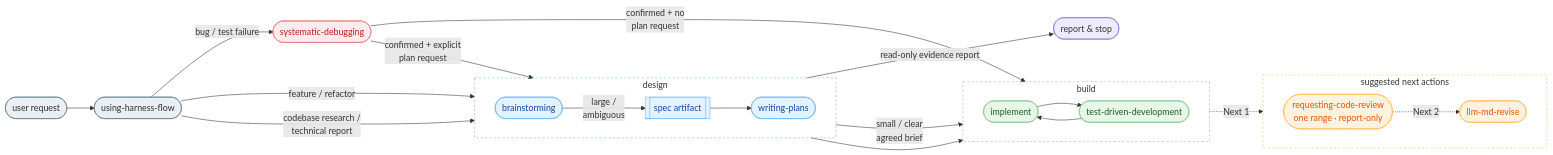
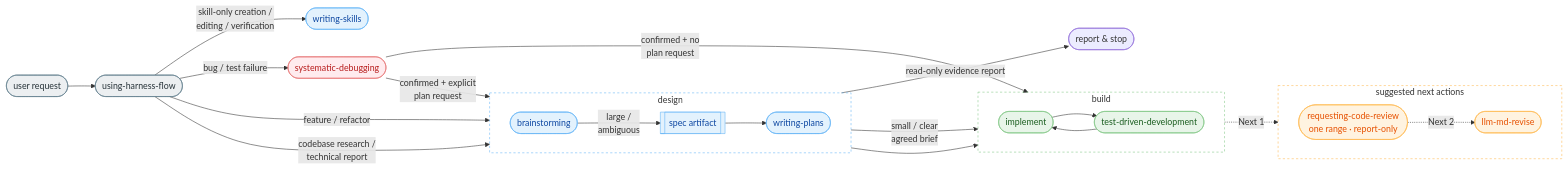
The diagram in README.md (wonjinsin/harness-flow), drawn with Mermaid before and after one commit. The commit also changed other lines of this file and 3 other files, not shown here.

Commit message:
fix(skills): prioritize skill-only authoring workflow

````diff
--- a/README.md
+++ b/README.md
@@ -42,53 +42,54 @@
 ```mermaid
 flowchart LR
     subgraph DESIGN [design]
         direction LR
         BS(["brainstorming"])
         SPEC[["spec artifact"]]
         WP(["writing-plans"])
         BS -- "large /<br/>ambiguous" --> SPEC --> WP
     end
 
     subgraph BUILD [build]
         direction LR
         IMPL(["implement"])
         TDD(["test-driven-development"])
         IMPL --> TDD --> IMPL
     end
 
     subgraph NEXT [suggested next actions]
         direction LR
         REVIEW(["requesting-code-review<br/>one range · report-only"])
         LMR(["llm-md-revise"])
         REVIEW -. "Next 2" .-> LMR
     end
 
     REQ(["user request"]) --> UHF(["using-harness-flow"])
+    UHF -- "skill-only creation /<br/>editing / verification" --> WS(["writing-skills"])
     UHF -- "feature / refactor" --> BS
     UHF -- "codebase research /<br/>technical report" --> BS
     UHF -- "bug / test failure" --> SD(["systematic-debugging"])
 
     BS -- "read-only evidence report" --> REPORT(["report & stop"])
     BS -- "small / clear<br/>agreed brief" --> IMPL
     WP --> IMPL
     SD -- "confirmed + explicit<br/>plan request" --> WP
     SD -- "confirmed + no<br/>plan request" --> IMPL
 
     IMPL -. "Next 1" .-> REVIEW
 
     classDef entry fill:#eceff1,stroke:#607d8b,color:#263238
     classDef design fill:#e3f2fd,stroke:#64b5f6,color:#0d47a1
     classDef build fill:#e8f5e9,stroke:#81c784,color:#1b5e20
     classDef ship fill:#fff3e0,stroke:#ffb74d,color:#e65100
     classDef debug fill:#ffebee,stroke:#e57373,color:#b71c1c
 
     class REQ,UHF entry
-    class BS,SPEC,WP design
+    class BS,SPEC,WP,WS design
     class TDD,IMPL build
     class REVIEW,LMR ship
     class SD debug
 
     style DESIGN fill:none,stroke:#64b5f6,stroke-dasharray:4 4
     style BUILD fill:none,stroke:#81c784,stroke-dasharray:4 4
     style NEXT fill:none,stroke:#ffb74d,stroke-dasharray:4 4
 ```
````
